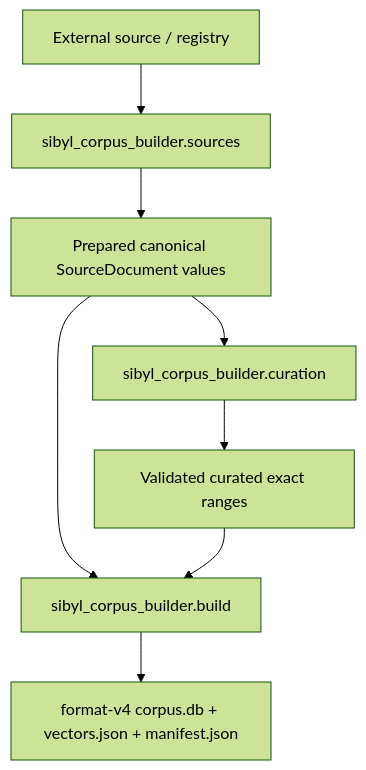
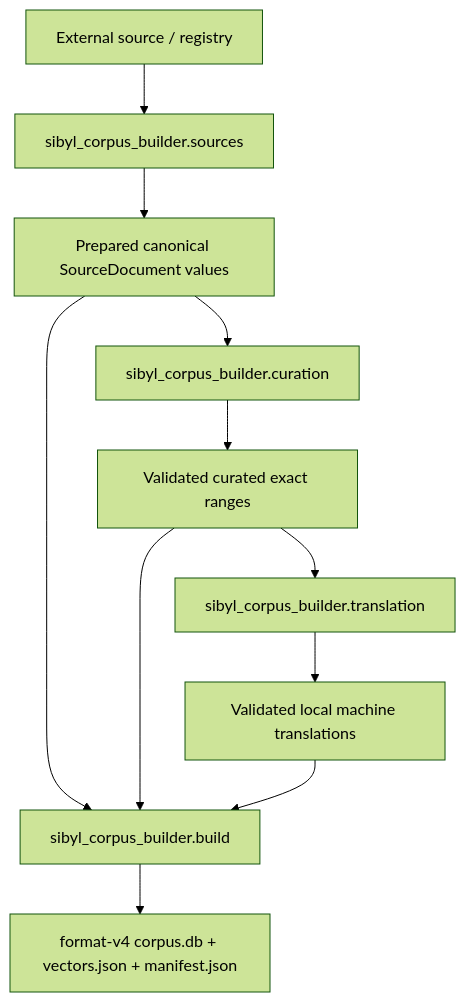
One commit to folk21/sibyl changed the first of 2 diagrams in docs/IMPLEMENTATION.md. Above: the diagram before and after it, drawn with Mermaid (forest theme). The commit also changed other lines of this file and 43 other files, not shown here.

````diff
--- a/docs/IMPLEMENTATION.md
+++ b/docs/IMPLEMENTATION.md
@@ -26,10 +26,13 @@
 ```mermaid
 flowchart TD
     U[External source / registry] --> S[sibyl_corpus_builder.sources]
     S --> P[Prepared canonical SourceDocument values]
     P --> B[sibyl_corpus_builder.build]
     P --> C[sibyl_corpus_builder.curation]
     C --> M[Validated curated exact ranges]
+    M --> T[sibyl_corpus_builder.translation]
+    T --> X[Validated local machine translations]
     M --> B
+    X --> B
     B --> R[format-v4 corpus.db + vectors.json + manifest.json]
 ```
````
